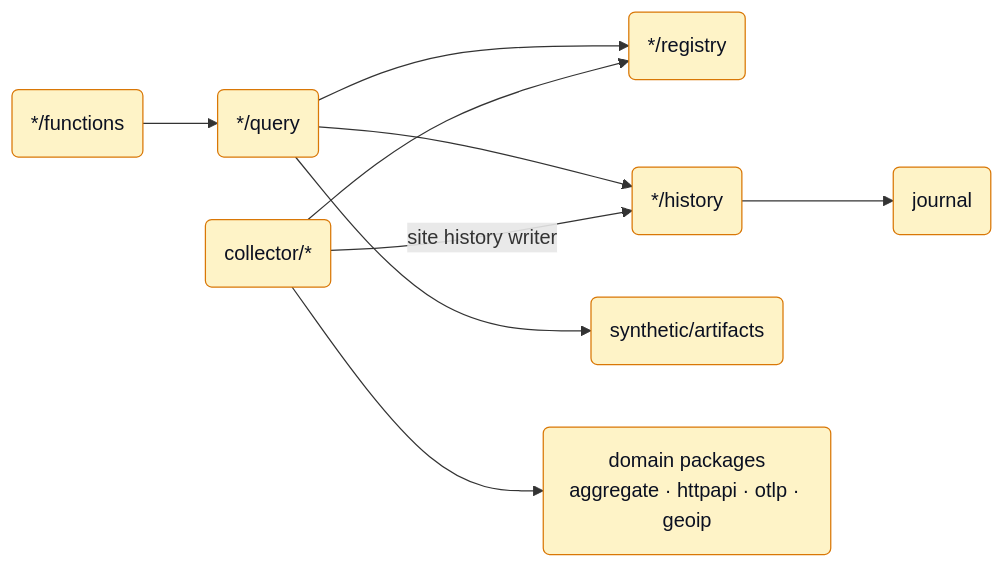
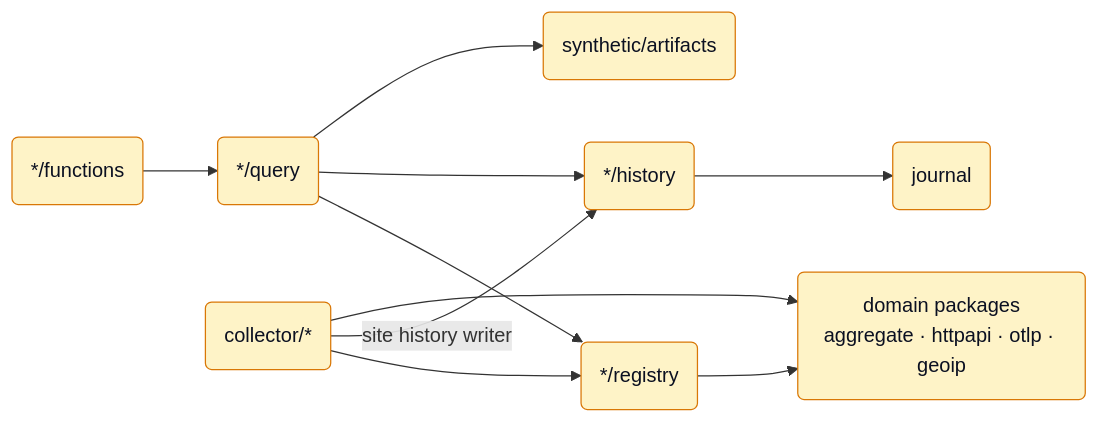
Before and after one commit to netdata/netdata: the sixth of 7 diagrams in src/go/plugin/dem/ARCHITECTURE.md, drawn with Mermaid. The commit also changed other lines of this file, not shown here.

````diff
--- a/src/go/plugin/dem/ARCHITECTURE.md
+++ b/src/go/plugin/dem/ARCHITECTURE.md
@@ -432,14 +441,15 @@
 ```mermaid
 flowchart LR
     Fn("*/functions") --> Q("*/query")
     Q --> Reg("*/registry")
     Q --> H("*/history")
     Q --> A("synthetic/artifacts")
     H --> J("journal")
     Col("collector/*") --> Reg
     Col -->|"site history writer"| H
     Col --> Dom("domain packages<br/>aggregate · httpapi · otlp · geoip")
+    Reg --> Dom
 
     classDef pkg fill:#fef3c7,stroke:#d97706,color:#0b1021;
     class Fn,Q,Reg,H,A,J,Col,Dom pkg;
 ```
````
